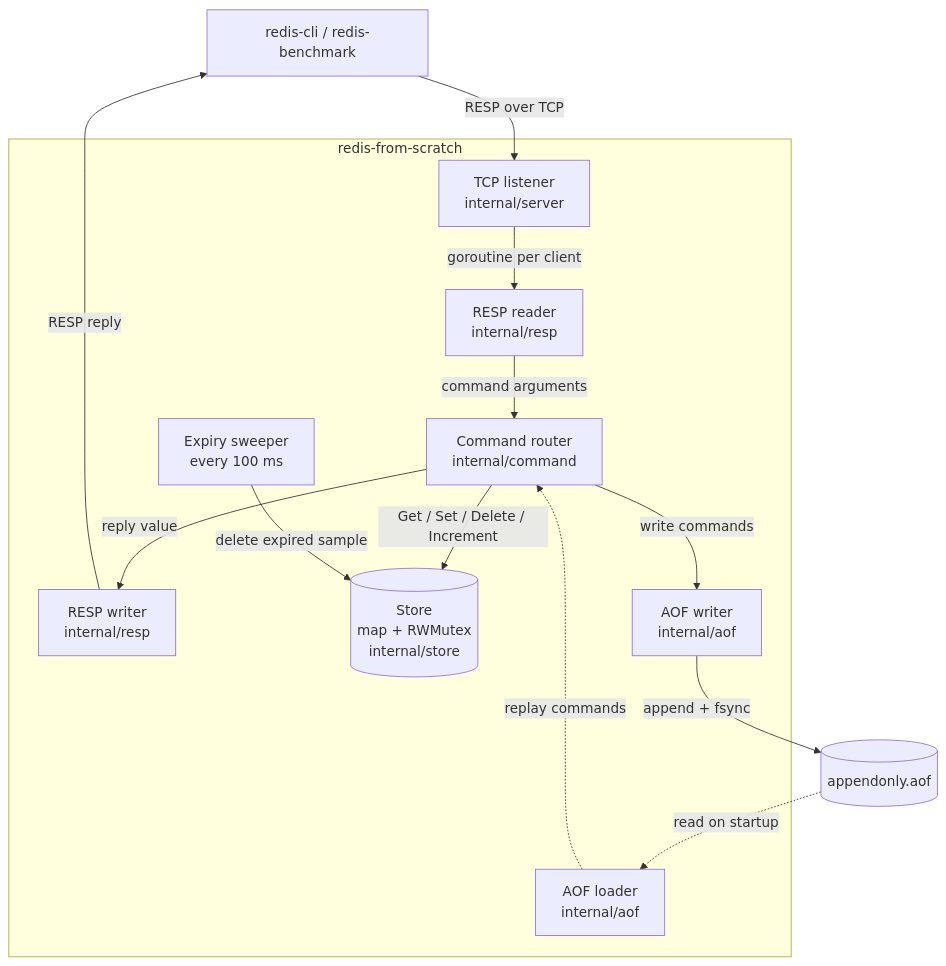
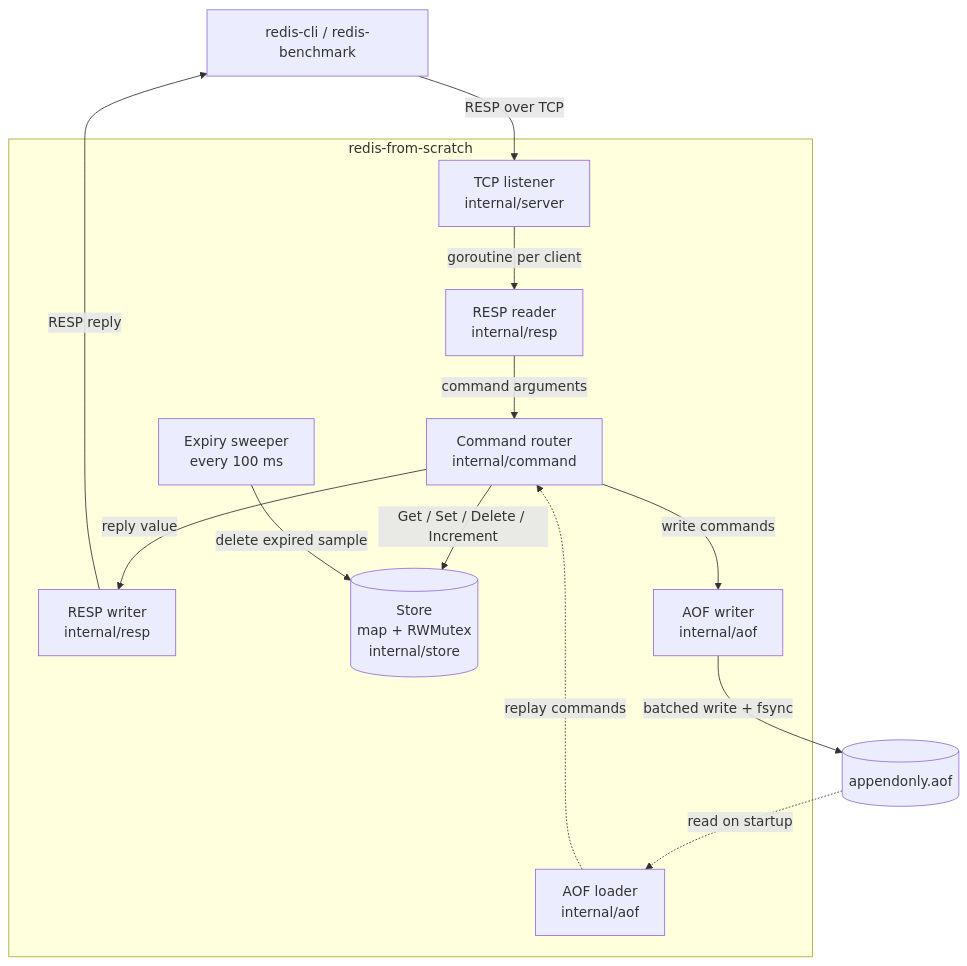
The diagram in README.md (LewzzJrs/redis-from-scratch), drawn with Mermaid before and after one commit. The commit also changed other lines of this file and 8 other files, not shown here.

````diff
--- a/README.md
+++ b/README.md
@@ -90,29 +90,29 @@
 ```mermaid
 flowchart TB
     client["redis-cli / redis-benchmark"]
 
     subgraph server ["redis-from-scratch"]
         listener["TCP listener<br/>internal/server"]
         reader["RESP reader<br/>internal/resp"]
         router["Command router<br/>internal/command"]
         writer["RESP writer<br/>internal/resp"]
         store[("Store<br/>map + RWMutex<br/>internal/store")]
         sweeper["Expiry sweeper<br/>every 100 ms"]
         aofWriter["AOF writer<br/>internal/aof"]
         loader["AOF loader<br/>internal/aof"]
     end
 
     file[("appendonly.aof")]
 
     client -- "RESP over TCP" --> listener
     listener -- "goroutine per client" --> reader
     reader -- "command arguments" --> router
     router -- "Get / Set / Delete / Increment" --> store
     router -- "reply value" --> writer
     writer -- "RESP reply" --> client
     router -- "write commands" --> aofWriter
-    aofWriter -- "append + fsync" --> file
+    aofWriter -- "batched write + fsync" --> file
     sweeper -- "delete expired sample" --> store
     file -. "read on startup" .-> loader
     loader -. "replay commands" .-> router
 ```
````
